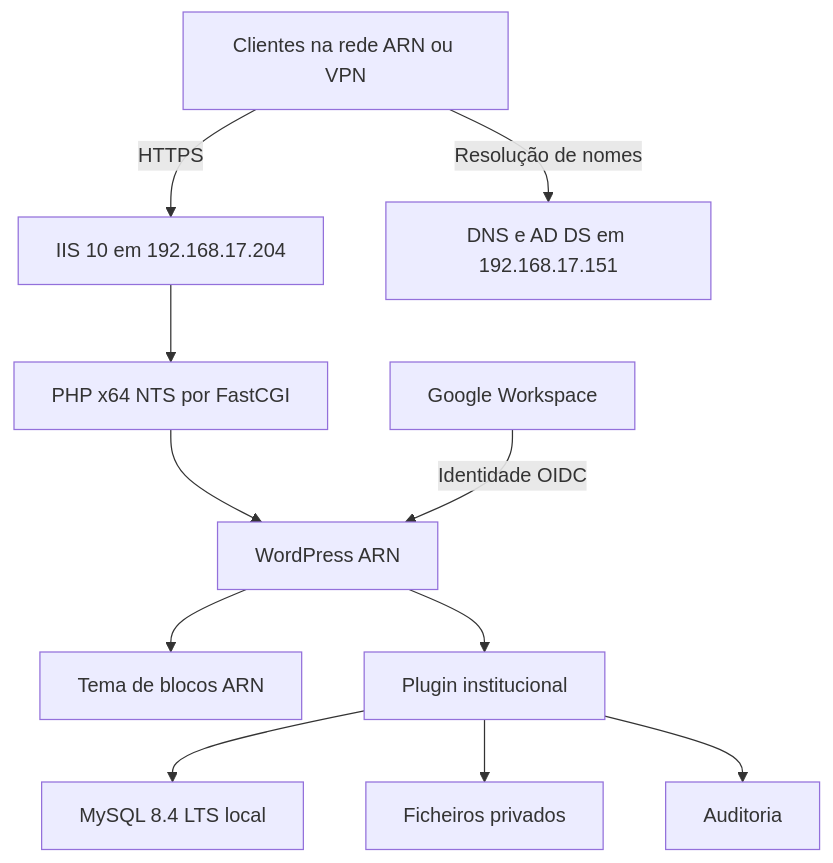
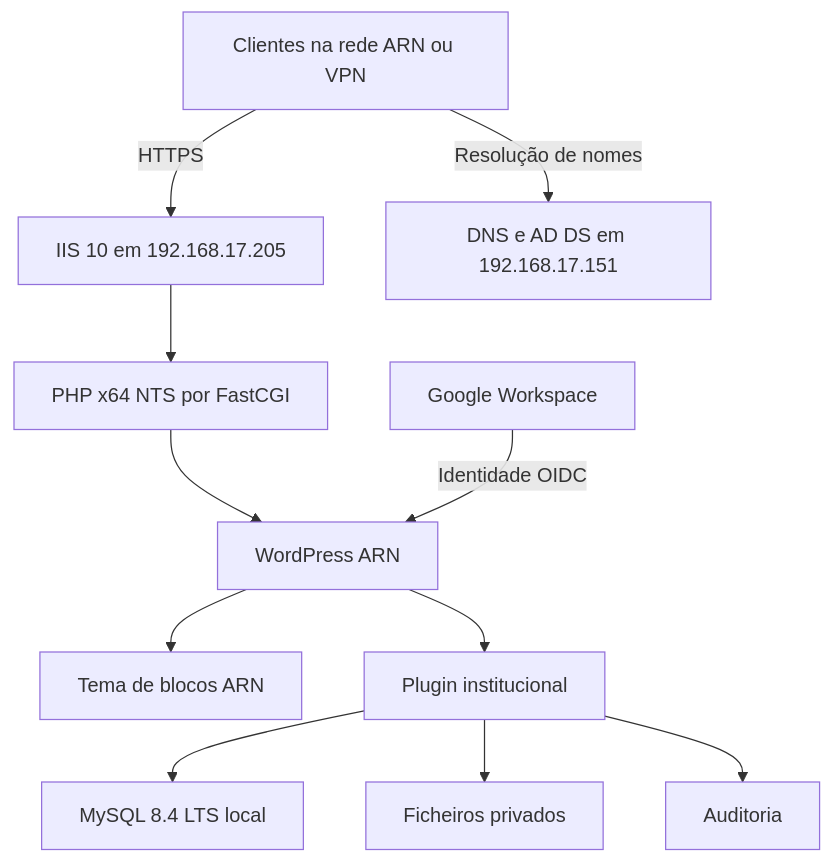
One commit to atchutchi/plataforma-interna-arn changed the first of 2 diagrams in README.md. Above: the diagram before and after it, drawn with Mermaid. The commit also changed other lines of this file, not shown here.

```diff
--- a/README.md
+++ b/README.md
@@ -101,13 +103,13 @@
 ~~~mermaid
 flowchart TD
-    Rede["Clientes na rede ARN ou VPN"] -->|"HTTPS"| IIS["IIS 10 em 192.168.17.204"]
+    Rede["Clientes na rede ARN ou VPN"] -->|"HTTPS"| IIS["IIS 10 em 192.168.17.205"]
     Rede -->|"Resolução de nomes"| DNS["DNS e AD DS em 192.168.17.151"]
     IIS --> PHP["PHP x64 NTS por FastCGI"]
     PHP --> Portal["WordPress ARN"]
     Google["Google Workspace"] -->|"Identidade OIDC"| Portal
     Portal --> Tema["Tema de blocos ARN"]
     Portal --> Core["Plugin institucional"]
     Core --> Base["MySQL 8.4 LTS local"]
     Core --> Arquivo["Ficheiros privados"]
     Core --> Logs["Auditoria"]
 ~~~
```
